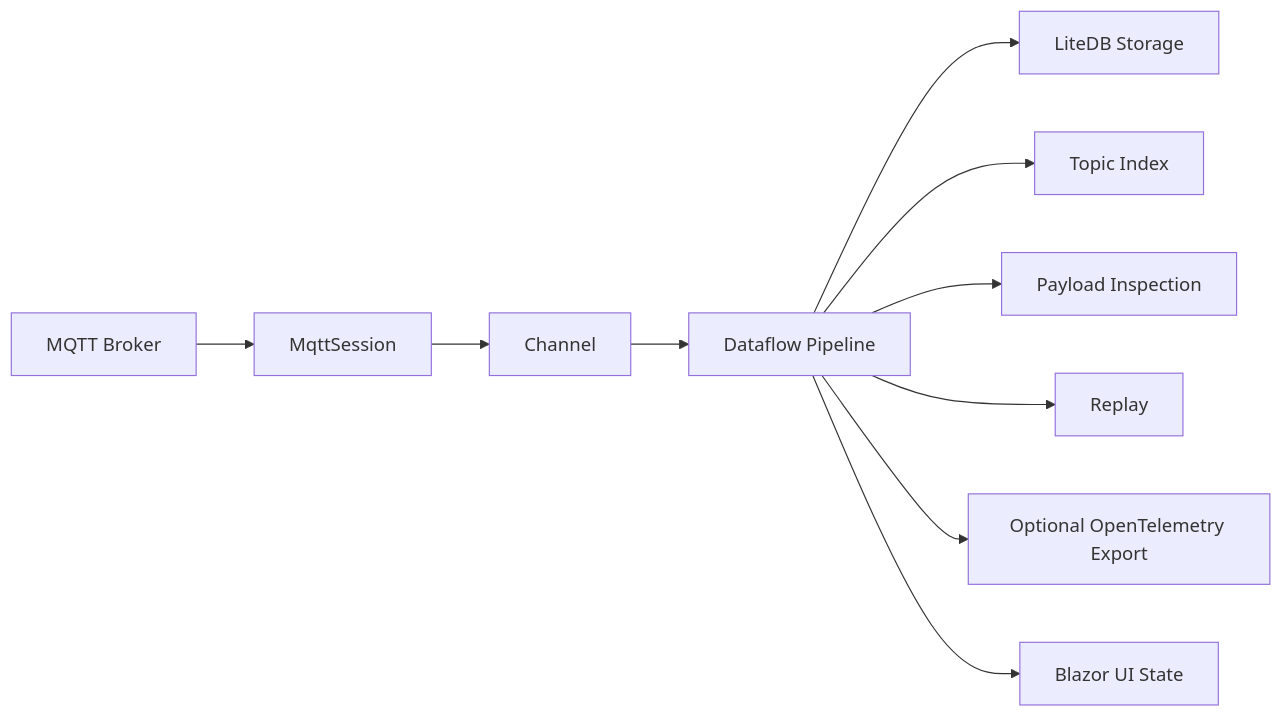
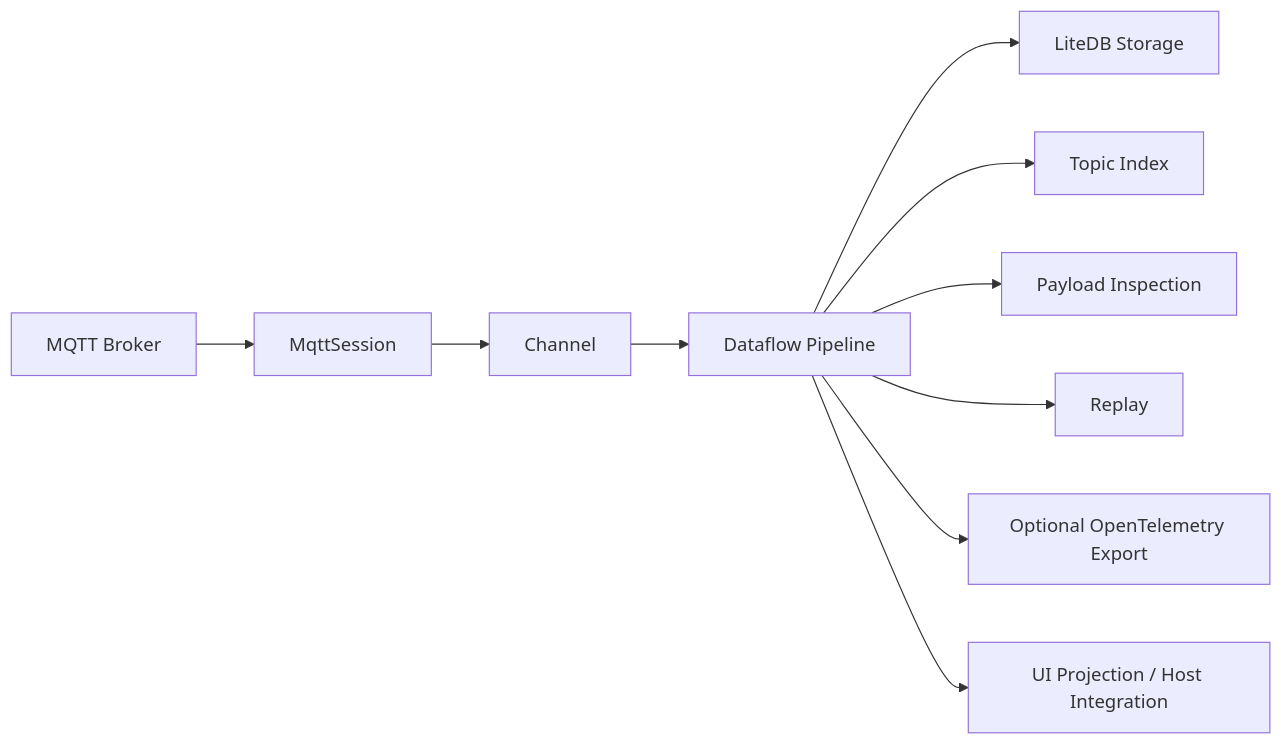
The first of 3 diagrams in docs/architecture.md (araxis/FluxMq), drawn with Mermaid before and after one commit. The commit also changed other lines of this file and 11 other files, not shown here.

````diff
--- a/docs/architecture.md
+++ b/docs/architecture.md
@@ -5,12 +5,12 @@
 ```mermaid
 flowchart LR
     Broker["MQTT Broker"] --> Session["MqttSession"]
     Session --> Channel["Channel<MqttEnvelope>"]
     Channel --> Pipeline["Dataflow Pipeline"]
     Pipeline --> Storage["LiteDB Storage"]
     Pipeline --> TopicIndex["Topic Index"]
     Pipeline --> Payloads["Payload Inspection"]
     Pipeline --> Replay["Replay"]
     Pipeline --> Telemetry["Optional OpenTelemetry Export"]
-    Pipeline --> UI["Blazor UI State"]
+    Pipeline --> UI["UI Projection / Host Integration"]
 ```
````
